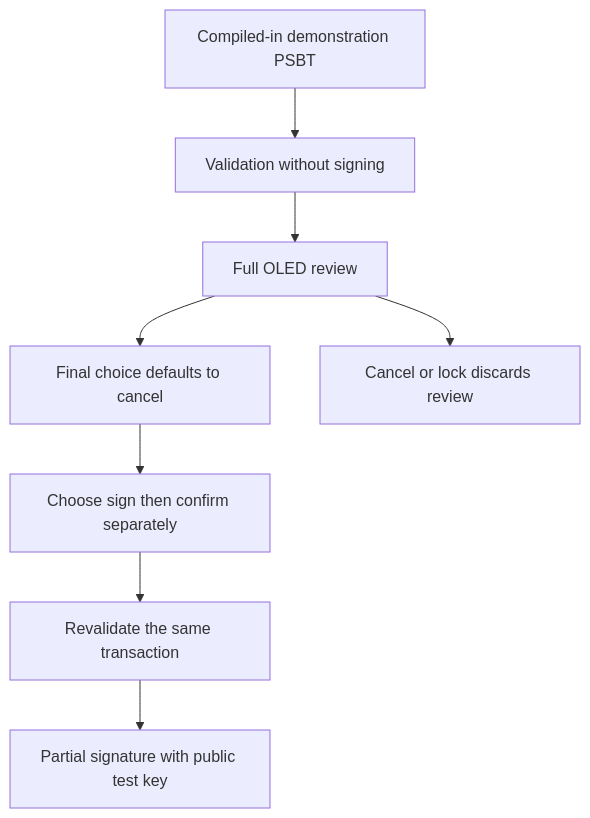
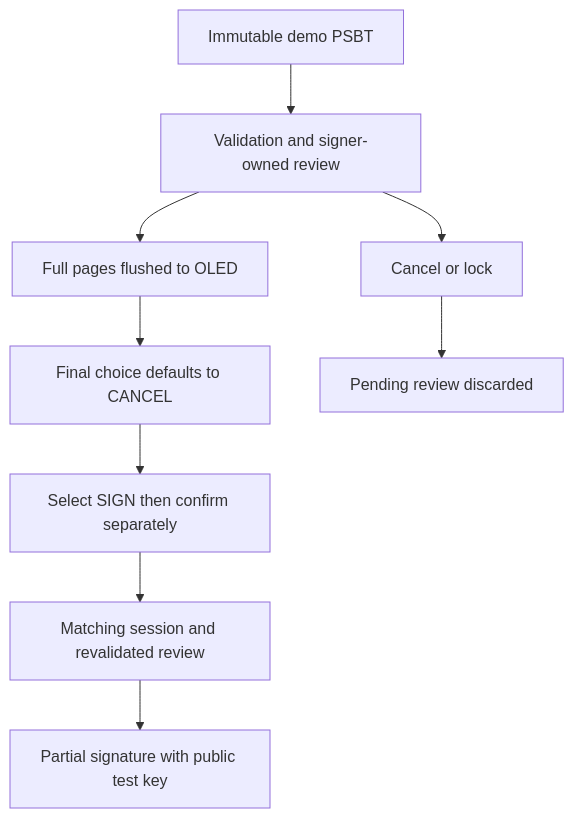
One commit to Strange500/nextPortfolio changed the diagram in data/posts/en/pico-ledger-journey.mdx. Above: the diagram before and after it, drawn with Mermaid. The commit also changed other lines of this file and 2 other files, not shown here.

````diff
--- a/data/posts/en/pico-ledger-journey.mdx
+++ b/data/posts/en/pico-ledger-journey.mdx
@@ -81,10 +78,11 @@
 ```mermaid
 flowchart TD
-    A[Compiled-in demonstration PSBT] --> B[Validation without signing]
-    B --> C[Full OLED review]
-    C --> D[Final choice defaults to cancel]
-    D --> E[Choose sign then confirm separately]
-    E --> F[Revalidate the same transaction]
+    A[Immutable demo PSBT] --> B[Validation and signer-owned review]
+    B --> C[Full pages flushed to OLED]
+    C --> D[Final choice defaults to CANCEL]
+    D --> E[Select SIGN then confirm separately]
+    E --> F[Matching session and revalidated review]
     F --> G[Partial signature with public test key]
-    C --> H[Cancel or lock discards review]
+    B --> H[Cancel or lock]
+    H --> I[Pending review discarded]
 ```
````
